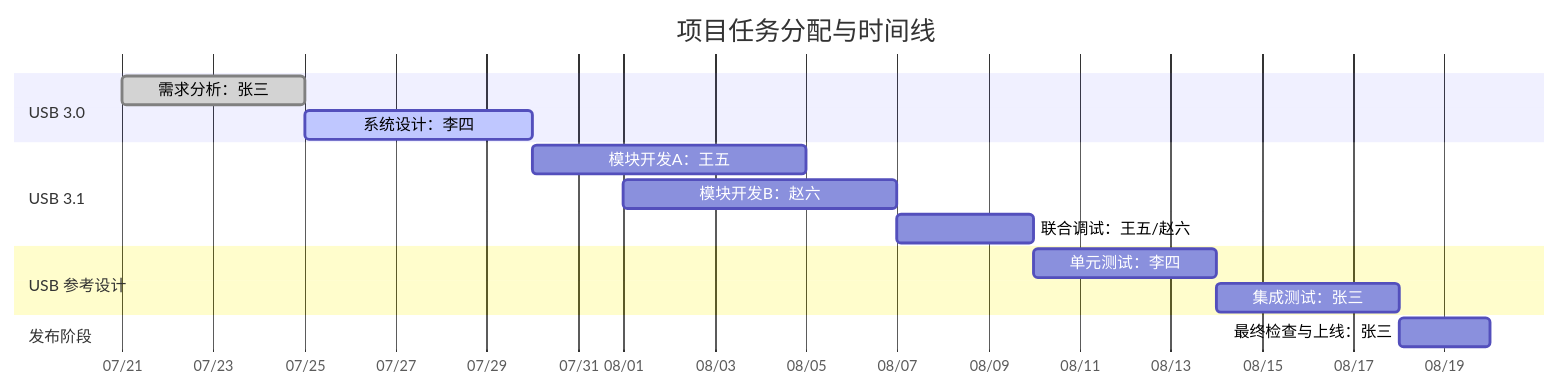
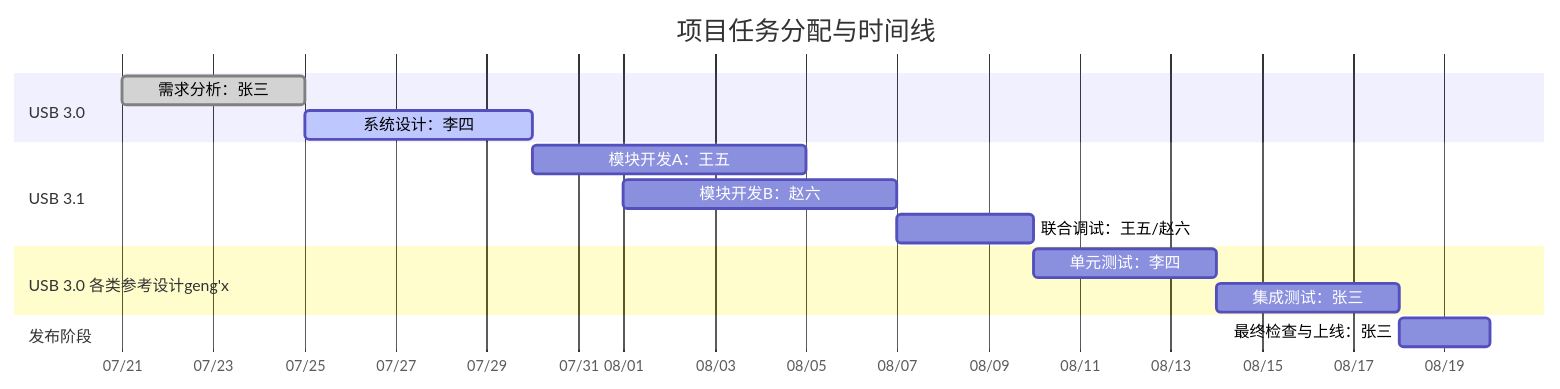
The diagram in all/未命名.md (winsonbook/iodraw-files), drawn with Mermaid before and after one commit.

Commit message:
2025-07-21 09:40:43 update

````diff
--- a/all/未命名.md
+++ b/all/未命名.md
@@ -1,23 +1,23 @@
 ```mermaid
 gantt
     title 项目任务分配与时间线
     dateFormat  YYYY-MM-DD
     axisFormat  %m/%d
 
     section USB 3.0
     需求分析：张三       :done,    task1, 2025-07-21, 4d
     系统设计：李四       :active,  task2, 2025-07-25, 5d
 
     section USB 3.1
     模块开发A：王五      :         task3, 2025-07-30, 6d
     模块开发B：赵六      :         task4, 2025-08-01, 6d
     联合调试：王五/赵六  :         task5, 2025-08-07, 3d
 
-    section USB 参考设计
+    section USB 3.0 各类参考设计geng'x
     单元测试：李四       :         task6, 2025-08-10, 4d
     集成测试：张三       :         task7, 2025-08-14, 4d
 
     section 发布阶段
     最终检查与上线：张三 :         task8, 2025-08-18, 2d
 
 ```
````
